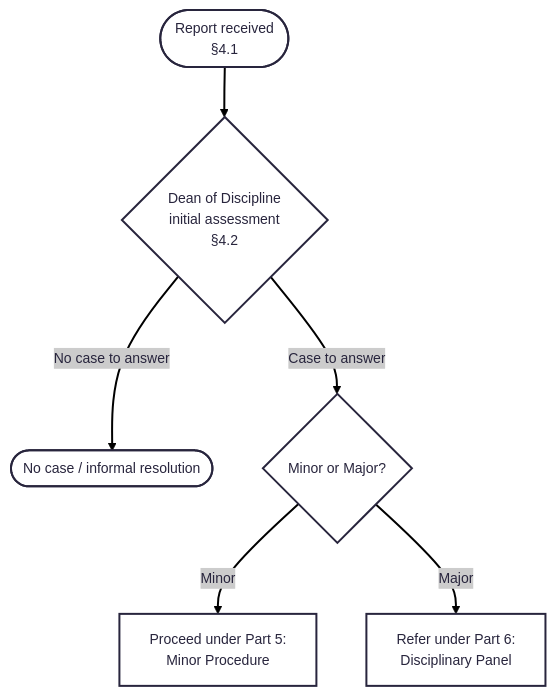
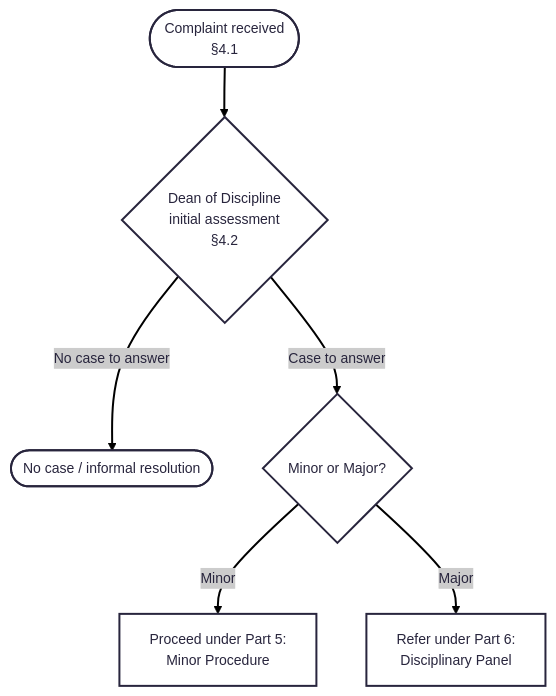
The diagram in Discipline01_Overview.mmd (fcooper8472/LinacreFlowcharts), drawn with Mermaid before and after one commit.

Commit message:
Report -> Complaint

```diff
--- a/Discipline01_Overview.mmd
+++ b/Discipline01_Overview.mmd
@@ -1,19 +1,19 @@
 ---
 config:
   theme: redux
   layout: dagre
   fontFamily: "Arial, Helvetica, Liberation Sans, DejaVu Sans, sans-serif"
 ---
 flowchart TD
-  Start([Report received<br>§4.1])
+  Start([Complaint received<br>§4.1])
   Assess{Dean of Discipline<br>initial assessment<br>§4.2}
   NoCase([No case / informal resolution])
   Decision{Minor or Major?}
   Minor[Proceed under Part 5:<br>Minor Procedure]
   Major[Refer under Part 6:<br>Disciplinary Panel]
 
   Start --> Assess
   Assess -->|No case to answer| NoCase
   Assess -->|Case to answer| Decision
   Decision -->|Minor| Minor
   Decision -->|Major| Major
```
